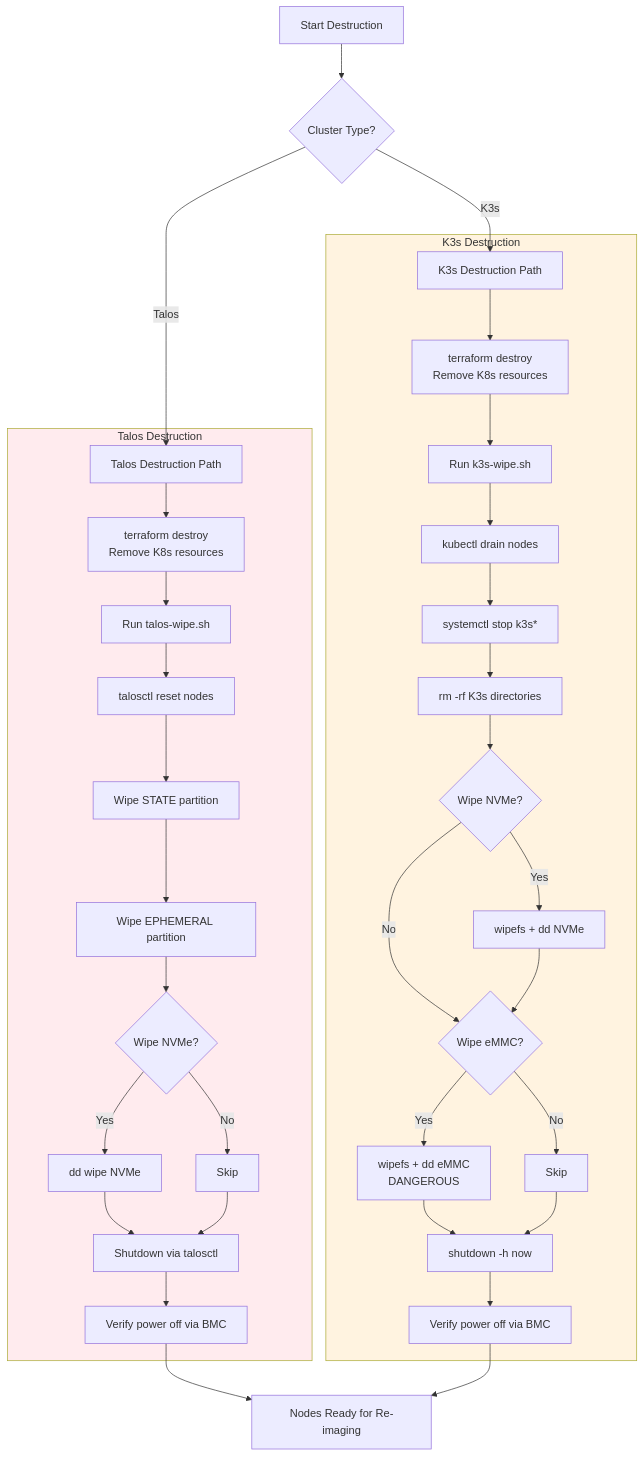
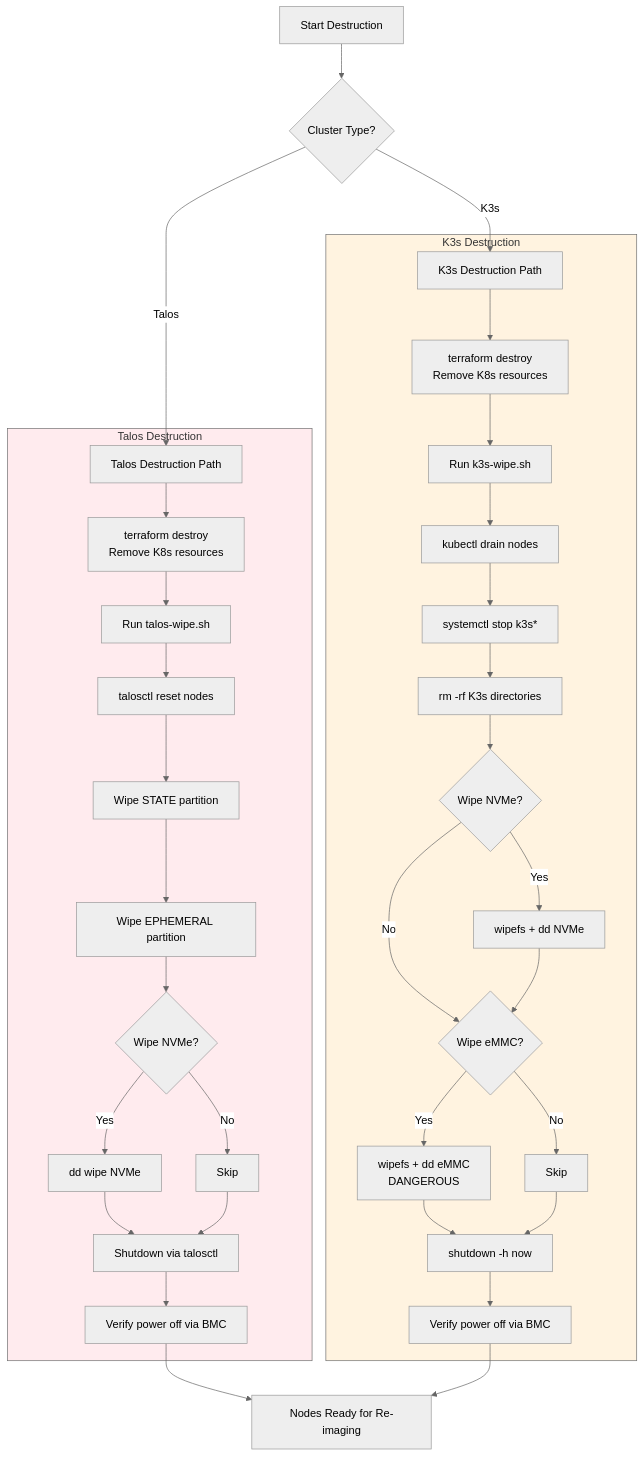
The fourth of 4 diagrams in docs/WORKFLOWS.md (freed-dev-llc/terraform-turingpi-modules), drawn with Mermaid before and after one commit. The commit also changed other lines of this file and 1 other file, not shown here.

First line of the commit message:
docs: force mermaid neutral theme for contrast in both light/dark mode (#41)

````diff
--- a/docs/WORKFLOWS.md
+++ b/docs/WORKFLOWS.md
@@ -597,44 +600,45 @@
 ```mermaid
+%%{init: {'theme': 'neutral'}}%%
 flowchart TD
     A[Start Destruction] --> B{Cluster Type?}
 
     B -->|Talos| C[Talos Destruction Path]
     B -->|K3s| D[K3s Destruction Path]
 
     subgraph TalosDestroy["Talos Destruction"]
         C --> C1[terraform destroy<br/>Remove K8s resources]
         C1 --> C2[Run talos-wipe.sh]
         C2 --> C3[talosctl reset nodes]
         C3 --> C4[Wipe STATE partition]
         C4 --> C5[Wipe EPHEMERAL partition]
         C5 --> C6{Wipe NVMe?}
         C6 -->|Yes| C7[dd wipe NVMe]
         C6 -->|No| C8[Skip]
         C7 --> C9[Shutdown via talosctl]
         C8 --> C9
         C9 --> C10[Verify power off via BMC]
     end
 
     subgraph K3sDestroy["K3s Destruction"]
         D --> D1[terraform destroy<br/>Remove K8s resources]
         D1 --> D2[Run k3s-wipe.sh]
         D2 --> D3[kubectl drain nodes]
         D3 --> D4[systemctl stop k3s*]
         D4 --> D5[rm -rf K3s directories]
         D5 --> D6{Wipe NVMe?}
         D6 -->|Yes| D7[wipefs + dd NVMe]
         D6 -->|No| D8{Wipe eMMC?}
         D7 --> D8
         D8 -->|Yes| D9[wipefs + dd eMMC<br/>DANGEROUS]
         D8 -->|No| D10[Skip]
         D9 --> D11[shutdown -h now]
         D10 --> D11
         D11 --> D12[Verify power off via BMC]
     end
 
     C10 --> E[Nodes Ready for Re-imaging]
     D12 --> E
 
     style TalosDestroy fill:#ffebee
     style K3sDestroy fill:#fff3e0
 ```
````
